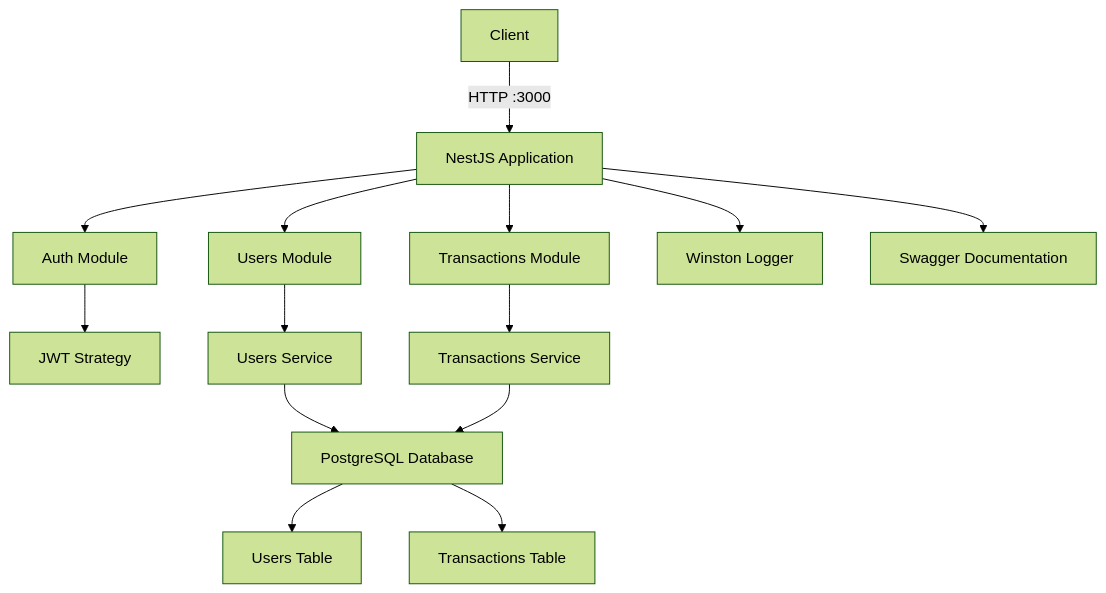
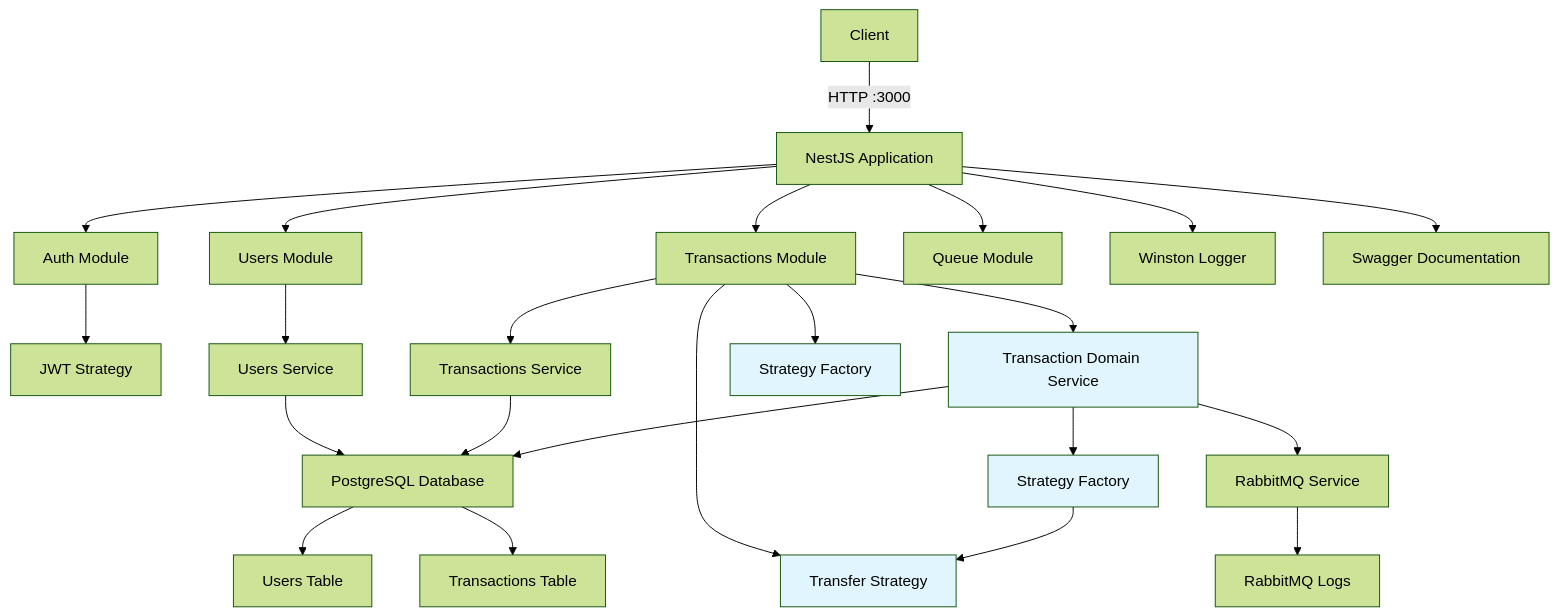
One commit to leoocavalcanti/wallet-nestjs changed the first of 2 diagrams in README.md. Above: the diagram before and after it, drawn with Mermaid (forest theme). The commit also changed other lines of this file and 17 other files, not shown here.

Commit message:
feat: add rabbitmq and strategy pattern

````diff
--- a/README.md
+++ b/README.md
@@ -31,20 +33,33 @@
 ```mermaid
 graph TD
     A[Client] -->|HTTP :3000| B[NestJS Application]
     B --> C[Auth Module]
     B --> D[Users Module] 
     B --> E[Transactions Module]
+    B --> R[Queue Module]
     
     C --> F[JWT Strategy]
     D --> G[Users Service]
     E --> H[Transactions Service]
+    E --> T[Transaction Domain Service]
+    E --> S[Strategy Factory]
+    E --> ST[Transfer Strategy]
+    
+    T --> SF[Strategy Factory]
+    T --> RQ[RabbitMQ Service]
+    SF --> ST
     
     G --> I[PostgreSQL Database]
     H --> I
+    T --> I
+    RQ --> Q[RabbitMQ Logs]
     
     I --> J[Users Table]
     I --> K[Transactions Table]
     
     B --> L[Winston Logger]
     B --> M[Swagger Documentation]
+    
+    classDef pattern fill:#e1f5fe
+    class S,SF,ST,T pattern
 ```
````
